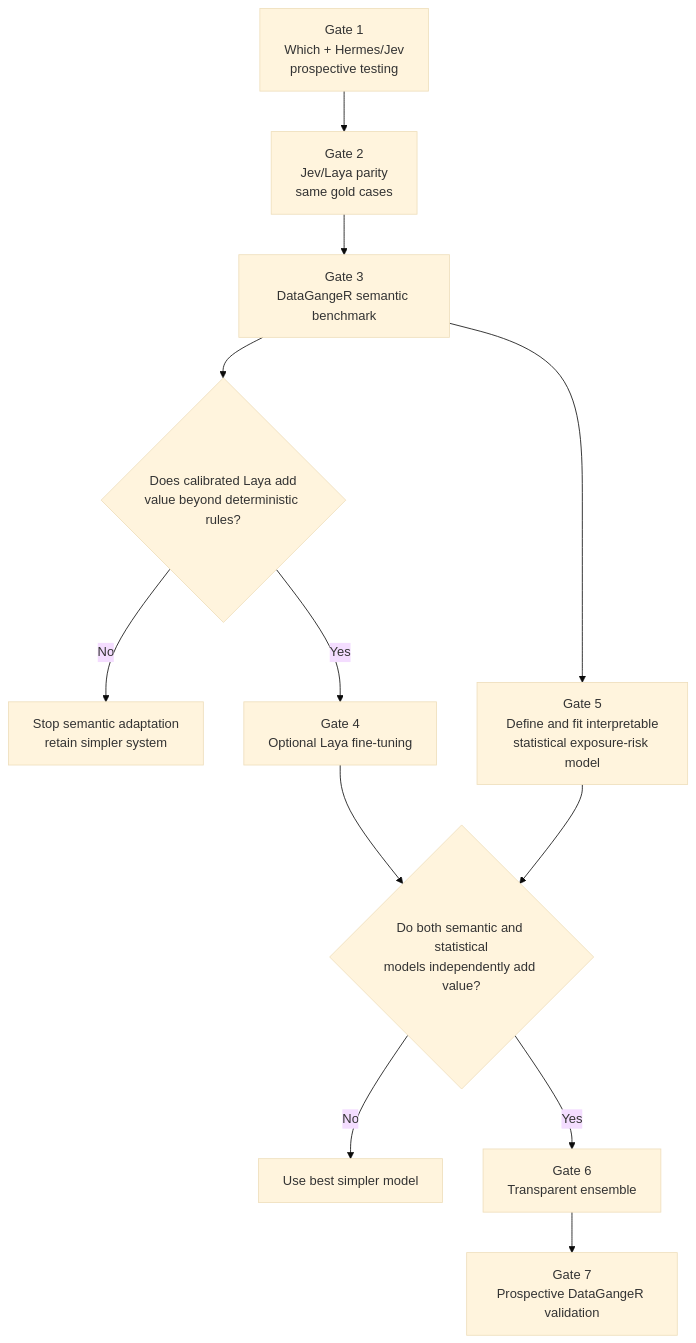
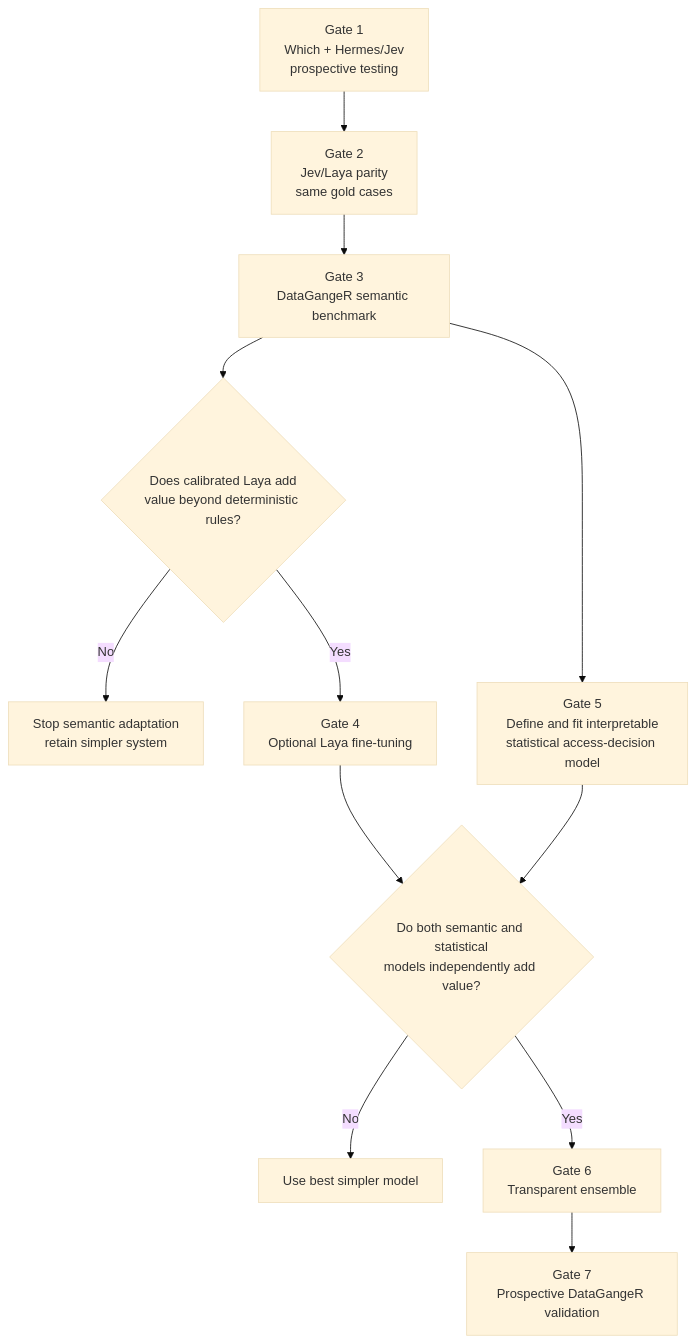
The fourth of 6 diagrams in docs/grants/2026-09-dsi-anthropic-ai-privacy-firewall-proposal.md (lennon-li/which), drawn with Mermaid (base theme) before and after one commit. The commit also changed other lines of this file, not shown here.

```diff
--- a/docs/grants/2026-09-dsi-anthropic-ai-privacy-firewall-proposal.md
+++ b/docs/grants/2026-09-dsi-anthropic-ai-privacy-firewall-proposal.md
@@ -466,14 +470,14 @@
 ~~~mermaid
 flowchart TB
     G1["Gate 1<br/>Which + Hermes/Jev<br/>prospective testing"] --> G2["Gate 2<br/>Jev/Laya parity<br/>same gold cases"]
     G2 --> G3["Gate 3<br/>DataGangeR semantic benchmark"]
     G3 --> Q1{"Does calibrated Laya add<br/>value beyond deterministic rules?"}
     Q1 -->|No| S1["Stop semantic adaptation<br/>retain simpler system"]
     Q1 -->|Yes| G4["Gate 4<br/>Optional Laya fine-tuning"]
-    G3 --> G5["Gate 5<br/>Define and fit interpretable<br/>statistical exposure-risk model"]
+    G3 --> G5["Gate 5<br/>Define and fit interpretable<br/>statistical access-decision model"]
     G4 --> Q2{"Do both semantic and statistical<br/>models independently add value?"}
     G5 --> Q2
     Q2 -->|No| S2["Use best simpler model"]
     Q2 -->|Yes| G6["Gate 6<br/>Transparent ensemble"]
     G6 --> G7["Gate 7<br/>Prospective DataGangeR validation"]
 ~~~
```
